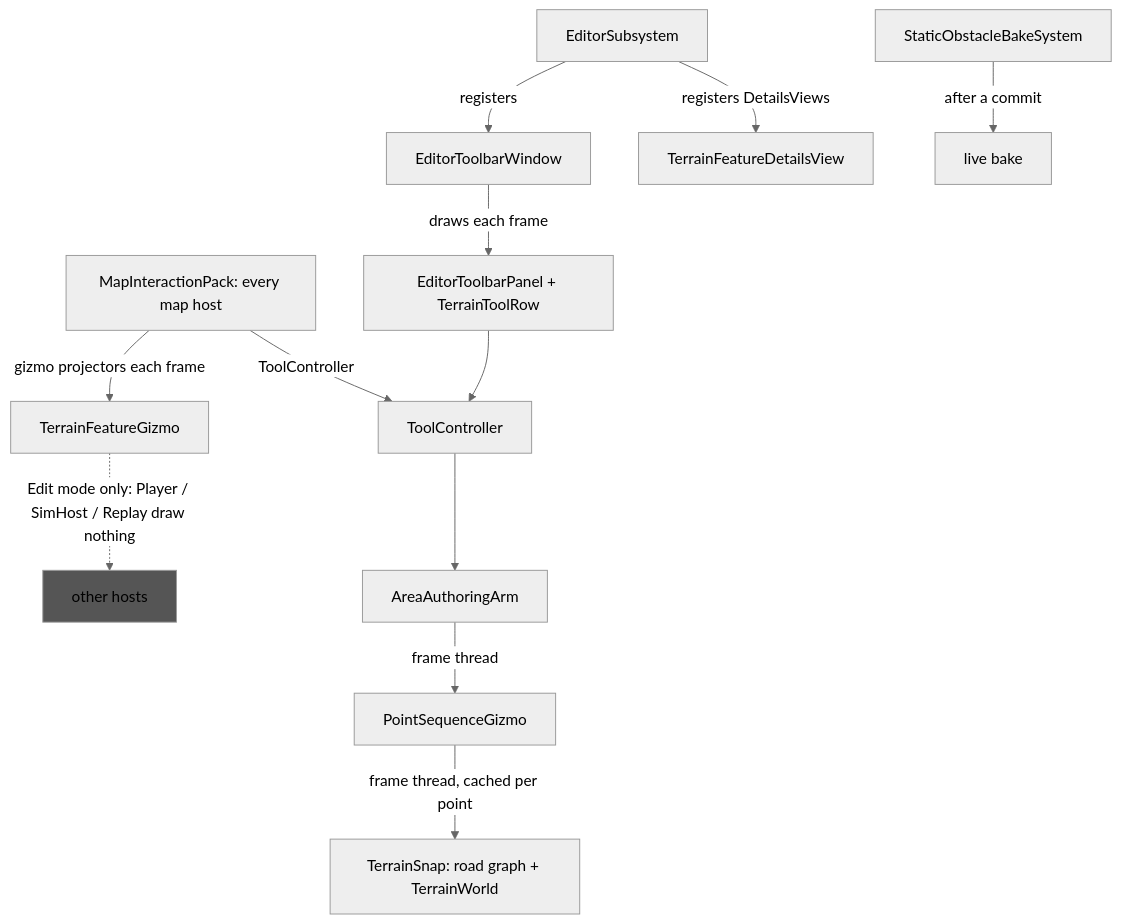
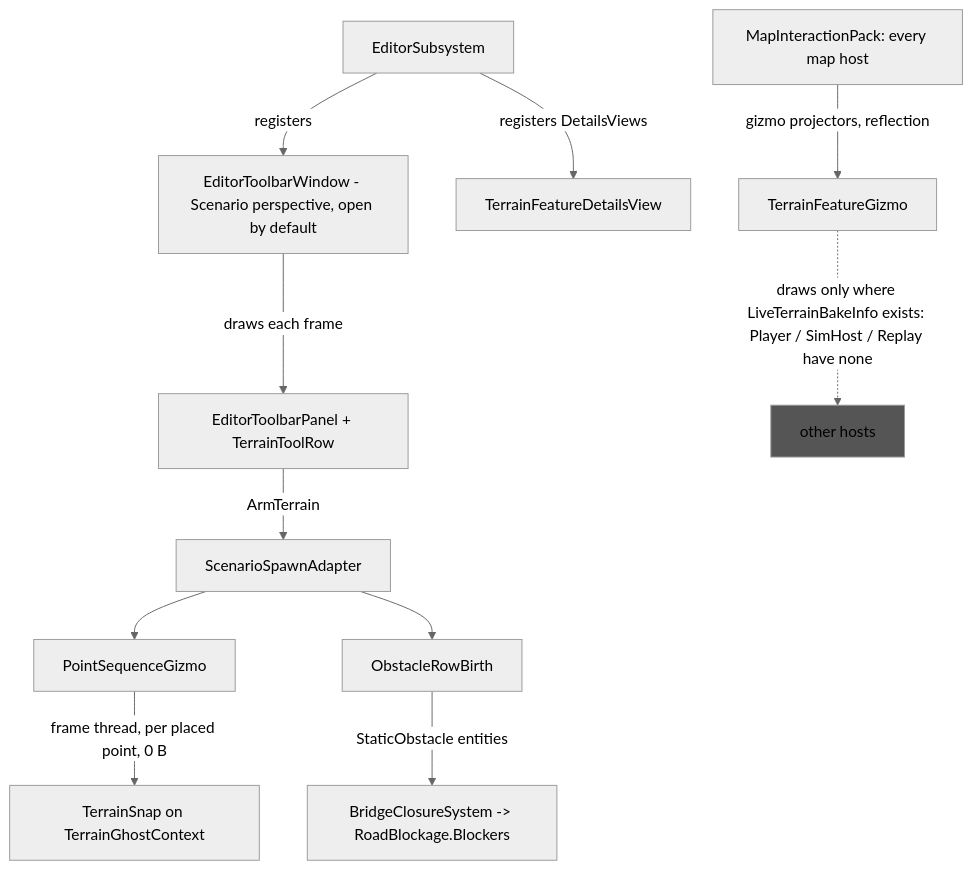
Before and after one commit to pjanec/HROT: the third of 3 diagrams in docs/DESIGN_Terrain_Editor_UX.md, drawn with Mermaid (neutral theme). The commit also changed other lines of this file and 4 other files, not shown here.

First line of the commit message:
docs(terrain): CE-4594 revised to the review — R-5032 (terrain tools in the Editor Toolbar window), R-4264 folded; §3/§5/§6/§7 + mockup redrawn, first version to HISTORY

````diff
--- a/docs/DESIGN_Terrain_Editor_UX.md
+++ b/docs/DESIGN_Terrain_Editor_UX.md
@@ -137,15 +157,14 @@
 ```mermaid
 graph TD
-  ED[EditorSubsystem] -->|registers| TW[EditorToolbarWindow]
+  ED[EditorSubsystem] -->|registers| TW[EditorToolbarWindow - Scenario perspective, open by default]
   TW -->|draws each frame| TP[EditorToolbarPanel + TerrainToolRow]
   ED -->|registers DetailsViews| DV[TerrainFeatureDetailsView]
-  MIP[MapInteractionPack: every map host] -->|ToolController| TC[ToolController]
-  TP --> TC
-  MIP -->|gizmo projectors each frame| FG[TerrainFeatureGizmo]
-  FG -.->|Edit mode only: Player / SimHost / Replay draw nothing| X[other hosts]
-  TC --> AA[AreaAuthoringArm]
-  AA -->|frame thread| PG[PointSequenceGizmo]
-  PG -->|frame thread, cached per point| SN[TerrainSnap: road graph + TerrainWorld]
-  BK[StaticObstacleBakeSystem] -->|after a commit| LB[live bake]
+  TP -->|ArmTerrain| SA[ScenarioSpawnAdapter]
+  SA --> PG[PointSequenceGizmo]
+  PG -->|frame thread, per placed point, 0 B| SN[TerrainSnap on TerrainGhostContext]
+  MIP[MapInteractionPack: every map host] -->|gizmo projectors, reflection| FG[TerrainFeatureGizmo]
+  FG -.->|draws only where LiveTerrainBakeInfo exists: Player / SimHost / Replay have none| X[other hosts]
+  OB[ObstacleRowBirth] -->|StaticObstacle entities| RB[BridgeClosureSystem -> RoadBlockage.Blockers]
+  SA --> OB
   style X fill:#555,stroke:#999
 ```
````
